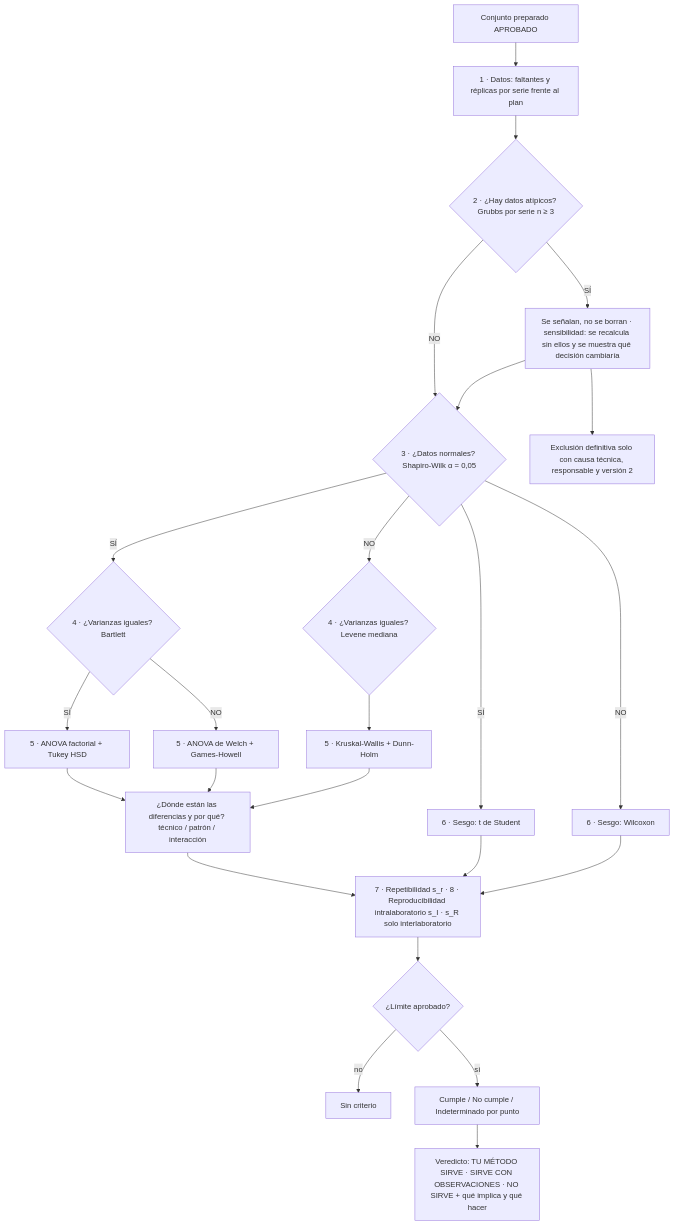
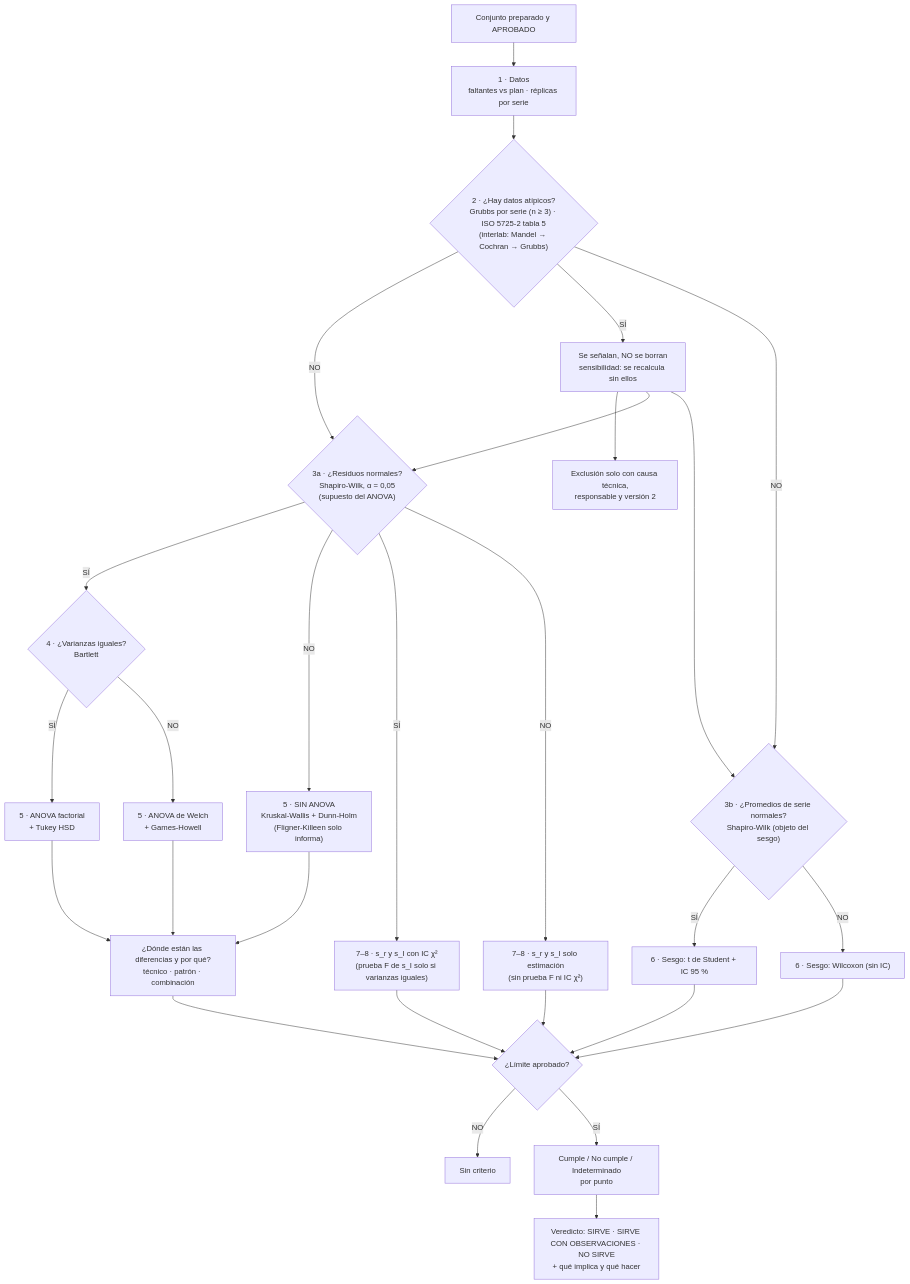
Before and after one commit to JDAC-1023/analitica-verificacion-metodos: the diagram in docs/12_motor_reglas_y_arbol.md, drawn with Mermaid. The commit also changed other lines of this file and 84 other files, not shown here.

First line of the commit message:
Árbol de decisión corregido (sin ANOVA con datos no normales), documentación y capturas actualizadas

````diff
--- a/docs/12_motor_reglas_y_arbol.md
+++ b/docs/12_motor_reglas_y_arbol.md
@@ -5,22 +5,24 @@
 ```mermaid
 flowchart TD
-  A[Conjunto preparado APROBADO] --> B[1 · Datos: faltantes y réplicas por serie frente al plan]
-  B --> C{2 · ¿Hay datos atípicos? Grubbs por serie n ≥ 3}
+  A["Conjunto preparado y APROBADO"] --> B["1 · Datos<br/>faltantes vs plan · réplicas por serie"]
+  B --> C{"2 · ¿Hay datos atípicos?<br/>Grubbs por serie (n ≥ 3) · ISO 5725-2 tabla 5<br/>(interlab: Mandel → Cochran → Grubbs)"}
   C -- NO --> D
-  C -- SÍ --> C1[Se señalan, no se borran · sensibilidad: se recalcula sin ellos y se muestra qué decisión cambiaría]
-  C1 --> C2[Exclusión definitiva solo con causa técnica, responsable y versión 2]
-  C1 --> D{3 · ¿Datos normales? Shapiro-Wilk α = 0,05}
-  D -- SÍ --> E{4 · ¿Varianzas iguales? Bartlett}
-  D -- NO --> E2{4 · ¿Varianzas iguales? Levene mediana}
-  E -- SÍ --> F1[5 · ANOVA factorial + Tukey HSD]
-  E -- NO --> F2[5 · ANOVA de Welch + Games-Howell]
-  E2 --> F3[5 · Kruskal-Wallis + Dunn-Holm]
-  F1 & F2 & F3 --> G[¿Dónde están las diferencias y por qué? técnico / patrón / interacción]
-  D -- SÍ --> S1[6 · Sesgo: t de Student]
-  D -- NO --> S2[6 · Sesgo: Wilcoxon]
-  G & S1 & S2 --> H[7 · Repetibilidad s_r · 8 · Reproducibilidad intralaboratorio s_I · s_R solo interlaboratorio]
-  H --> K{¿Límite aprobado?}
-  K -- no --> K0[Sin criterio]
-  K -- sí --> K1[Cumple / No cumple / Indeterminado por punto]
-  K1 --> V[Veredicto: TU MÉTODO SIRVE · SIRVE CON OBSERVACIONES · NO SIRVE + qué implica y qué hacer]
+  C -- SÍ --> C1["Se señalan, NO se borran<br/>sensibilidad: se recalcula sin ellos"]
+  C1 --> C2["Exclusión solo con causa técnica,<br/>responsable y versión 2"]
+  C1 --> D{"3a · ¿Residuos normales?<br/>Shapiro-Wilk, α = 0,05<br/>(supuesto del ANOVA)"}
+  D -- SÍ --> E{"4 · ¿Varianzas iguales?<br/>Bartlett"}
+  E -- SÍ --> F1["5 · ANOVA factorial<br/>+ Tukey HSD"]
+  E -- NO --> F2["5 · ANOVA de Welch<br/>+ Games-Howell"]
+  D -- NO --> F3["5 · SIN ANOVA<br/>Kruskal-Wallis + Dunn-Holm<br/>(Fligner-Killeen solo informa)"]
+  F1 & F2 & F3 --> G["¿Dónde están las diferencias y por qué?<br/>técnico · patrón · combinación"]
+  C -- NO --> DS
+  C1 --> DS{"3b · ¿Promedios de serie normales?<br/>Shapiro-Wilk (objeto del sesgo)"}
+  DS -- SÍ --> S1["6 · Sesgo: t de Student + IC 95 %"]
+  DS -- NO --> S2["6 · Sesgo: Wilcoxon (sin IC)"]
+  D -- SÍ --> P1["7–8 · s_r y s_I con IC χ²<br/>(prueba F de s_I solo si varianzas iguales)"]
+  D -- NO --> P2["7–8 · s_r y s_I solo estimación<br/>(sin prueba F ni IC χ²)"]
+  G & S1 & S2 & P1 & P2 --> K{"¿Límite aprobado?"}
+  K -- NO --> K0["Sin criterio"]
+  K -- SÍ --> K1["Cumple / No cumple / Indeterminado<br/>por punto"]
+  K1 --> V["Veredicto: SIRVE · SIRVE CON OBSERVACIONES · NO SIRVE<br/>+ qué implica y qué hacer"]
 ```
````
